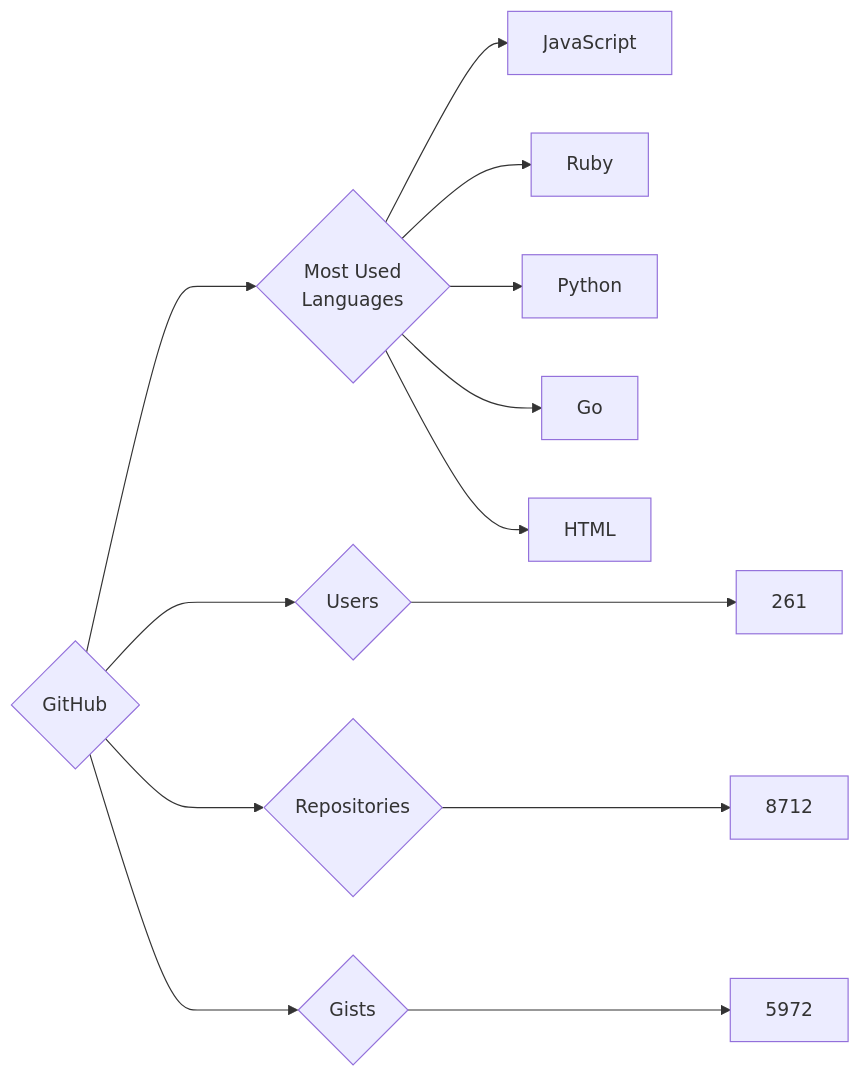
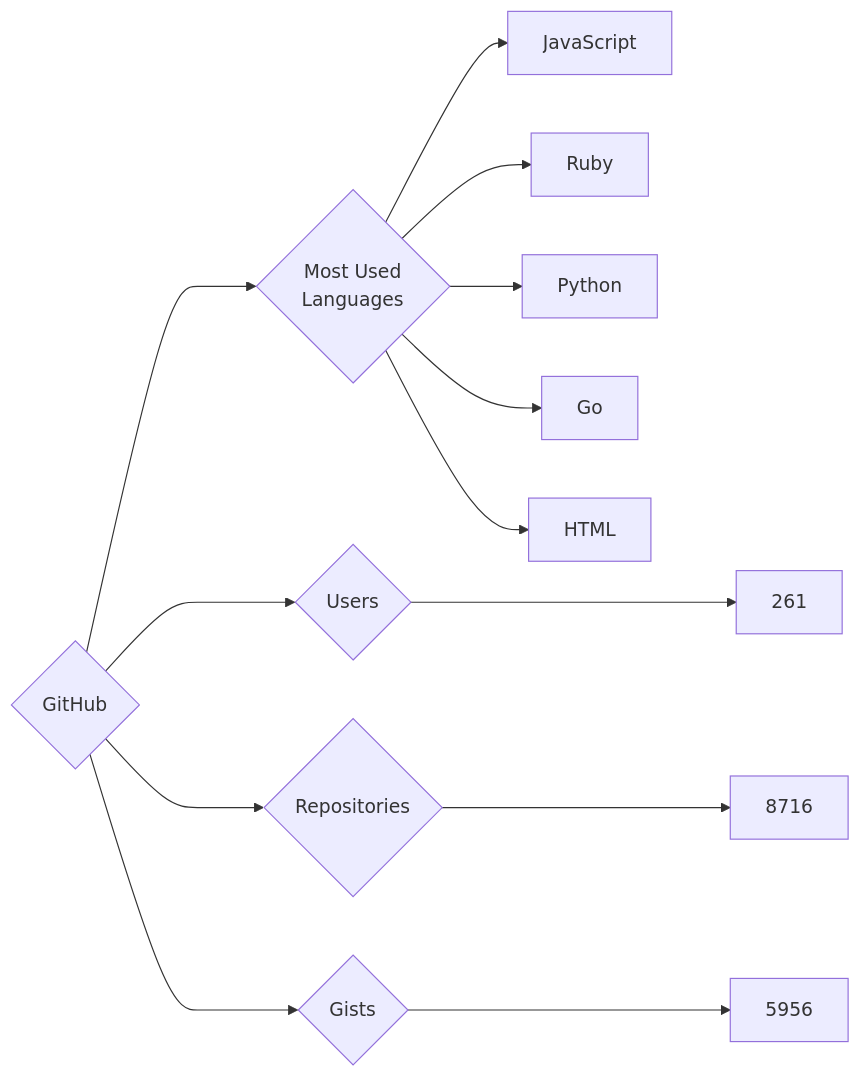
One commit to trickest/insiders changed the diagram in targets/GitHub/README.md. Above: the diagram before and after it, drawn with Mermaid. The commit also changed 715 other files, not shown here.

````diff
--- a/targets/GitHub/README.md
+++ b/targets/GitHub/README.md
@@ -3,13 +3,13 @@
 ```mermaid
 graph LR
 COMPANY_NAME{GitHub}
 COMPANY_NAME ---> U{Users} ---> UN[261]
-COMPANY_NAME ---> R{Repositories} ---> RN[8712]
-COMPANY_NAME ---> G{Gists} ---> GN[5972]
+COMPANY_NAME ---> R{Repositories} ---> RN[8716]
+COMPANY_NAME ---> G{Gists} ---> GN[5956]
 COMPANY_NAME ---> ML{Most Used<br>Languages}
 ML --> JavaScript[JavaScript]
 ML --> Ruby[Ruby]
 ML --> Python[Python]
 ML --> Go[Go]
 ML --> HTML[HTML]
 ```
````
